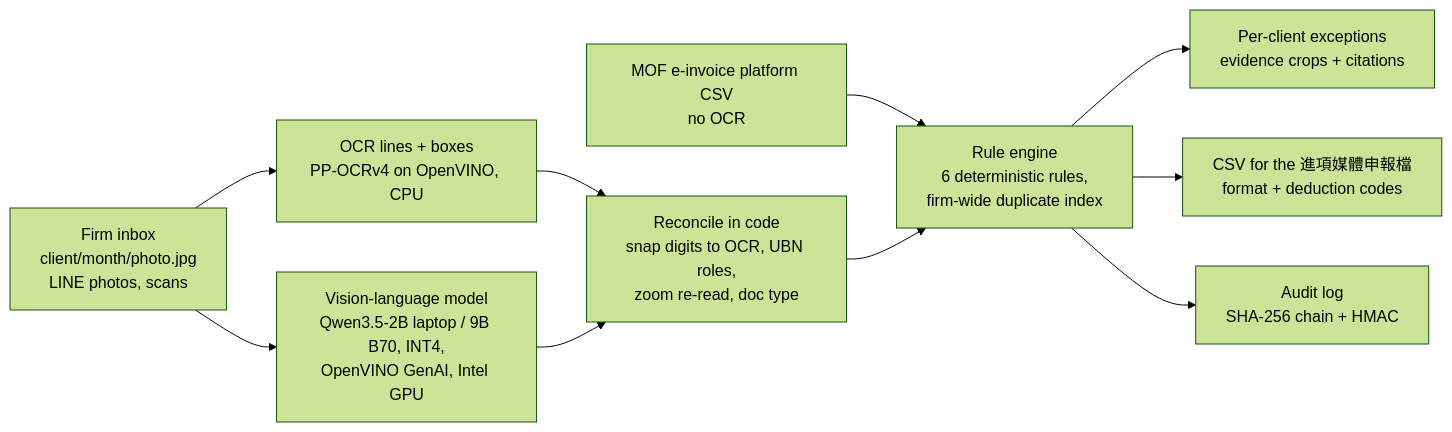
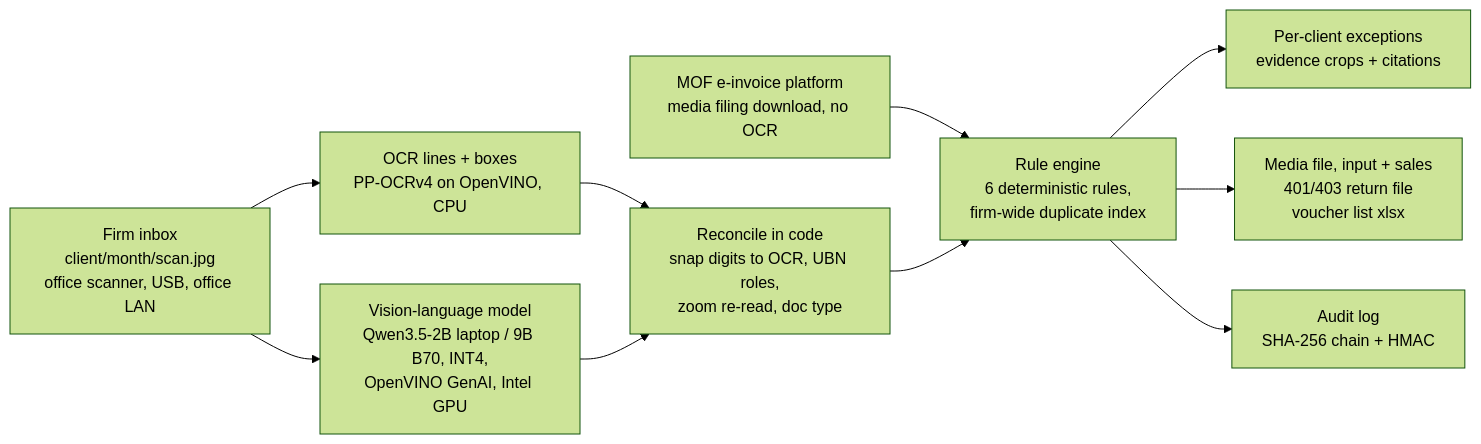
One commit to StuartYo/ledger-room changed the diagram in README.md. Above: the diagram before and after it, drawn with Mermaid (forest theme). The commit also changed other lines of this file and 6 other files, not shown here.

````diff
--- a/README.md
+++ b/README.md
@@ -177,12 +184,12 @@
 ```mermaid
 flowchart LR
-  A[Firm inbox<br/>client/month/photo.jpg<br/>LINE photos, scans] --> B[OCR lines + boxes<br/>PP-OCRv4 on OpenVINO, CPU]
+  A[Firm inbox<br/>client/month/scan.jpg<br/>office scanner, USB, office LAN] --> B[OCR lines + boxes<br/>PP-OCRv4 on OpenVINO, CPU]
   A --> C[Vision-language model<br/>Qwen3.5-2B laptop / 9B B70, INT4,<br/>OpenVINO GenAI, Intel GPU]
   B --> D[Reconcile in code<br/>snap digits to OCR, UBN roles,<br/>zoom re-read, doc type]
   C --> D
-  H[MOF e-invoice platform CSV<br/>no OCR] --> E
+  H[MOF e-invoice platform<br/>media filing download, no OCR] --> E
   D --> E[Rule engine<br/>6 deterministic rules,<br/>firm-wide duplicate index]
   E --> F[Per-client exceptions<br/>evidence crops + citations]
-  E --> I[CSV for the 進項媒體申報檔<br/>format + deduction codes]
+  E --> I[Media file, input + sales<br/>401/403 return file<br/>voucher list xlsx]
   E --> G[Audit log<br/>SHA-256 chain + HMAC]
 ```
````
